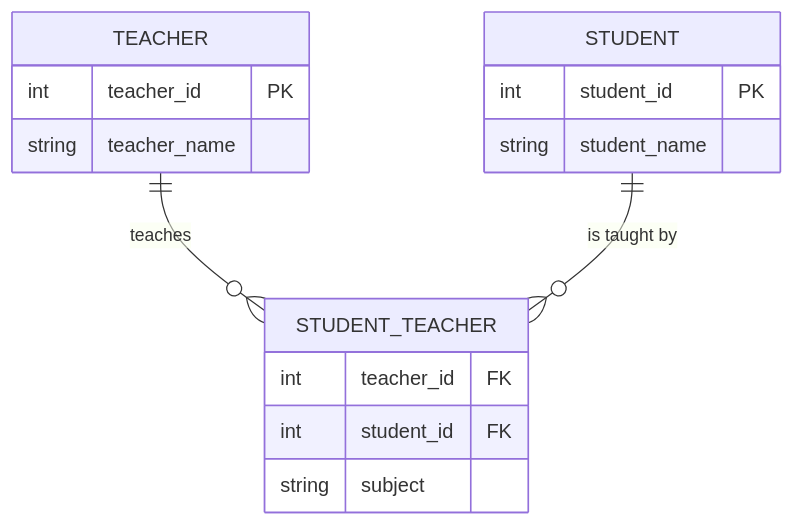
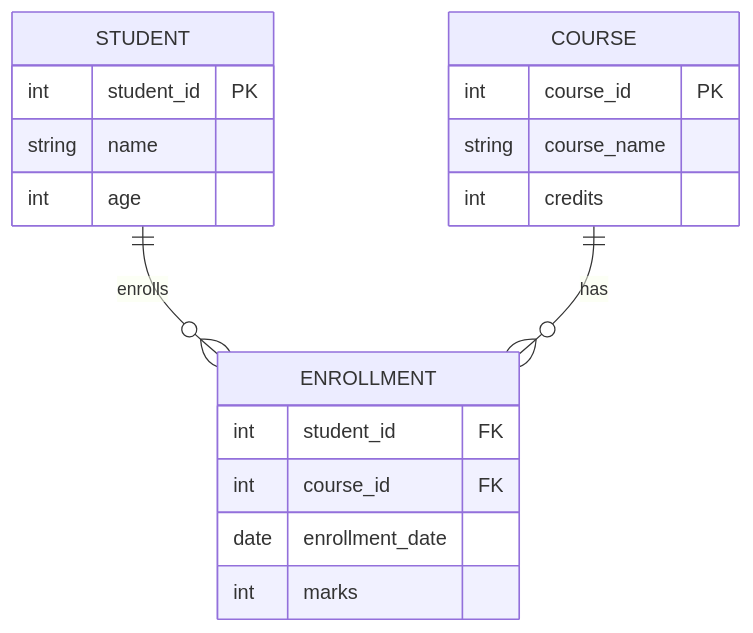
Before and after one commit to rajib-alt/notes: the second of 2 diagrams in 03-AREAS/Learning/Database Concept.md, drawn with Mermaid. The commit also changed other lines of this file and 1 other file, not shown here.

````diff
--- a/03-AREAS/Learning/Database Concept.md
+++ b/03-AREAS/Learning/Database Concept.md
@@ -1176,18 +725,21 @@
 ```mermaid
 erDiagram
-    TEACHER {
-        int teacher_id PK
-        string teacher_name
-    }
     STUDENT {
         int student_id PK
-        string student_name
+        string name
+        int age
     }
-    STUDENT_TEACHER {
-        int teacher_id FK
+    COURSE {
+        int course_id PK
+        string course_name
+        int credits
+    }
+    ENROLLMENT {
         int student_id FK
-        string subject
+        int course_id FK
+        date enrollment_date
+        int marks
     }
-    TEACHER ||--o{ STUDENT_TEACHER : "teaches"
-    STUDENT ||--o{ STUDENT_TEACHER : "is taught by"
+    STUDENT ||--o{ ENROLLMENT : "enrolls"
+    COURSE ||--o{ ENROLLMENT : "has"
 ```
````
